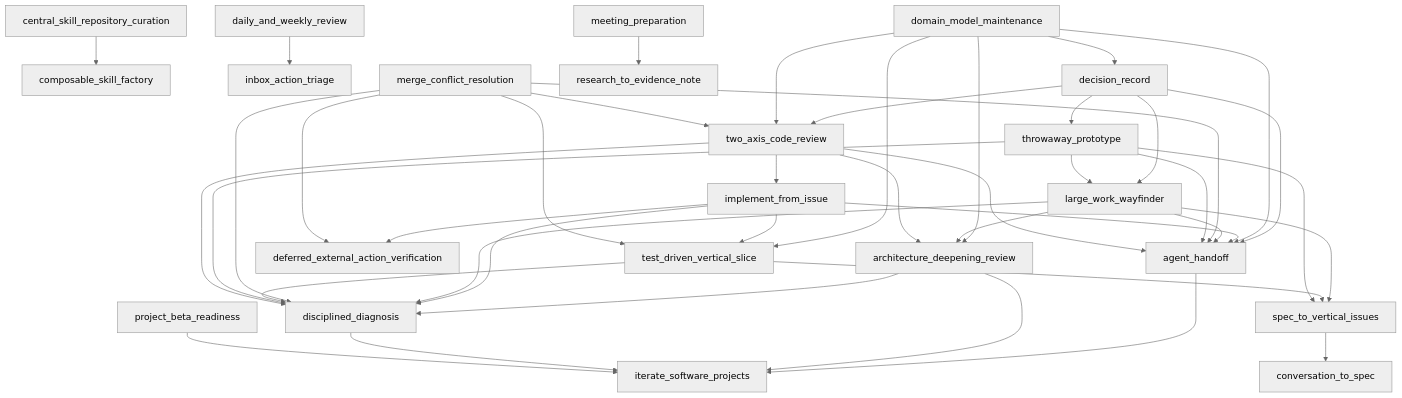
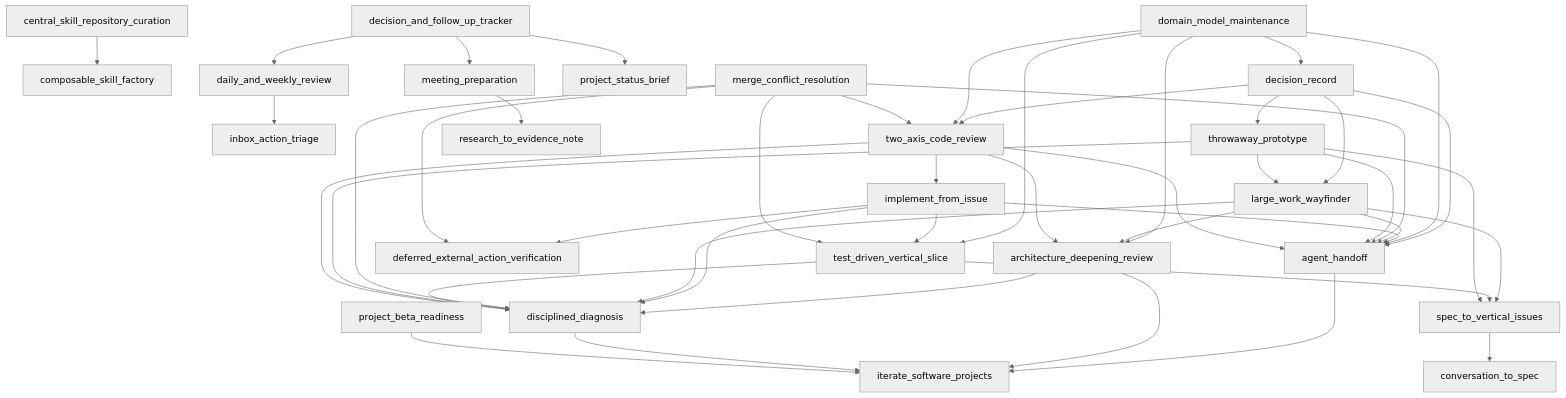
The diagram in docs/SKILL-DEPENDENCIES.md (GithubLarsKomo/skillz), drawn with Mermaid (neutral theme) before and after one commit. The commit also changed other lines of this file and 4 other files, not shown here.

Commit message:
Generate decision follow-up metadata

````diff
--- a/docs/SKILL-DEPENDENCIES.md
+++ b/docs/SKILL-DEPENDENCIES.md
@@ -5,44 +5,47 @@
 ```mermaid
 graph TD
   agent_handoff --> iterate_software_projects
   architecture_deepening_review --> disciplined_diagnosis
   architecture_deepening_review --> iterate_software_projects
   central_skill_repository_curation --> composable_skill_factory
   daily_and_weekly_review --> inbox_action_triage
+  decision_and_follow_up_tracker --> daily_and_weekly_review
+  decision_and_follow_up_tracker --> meeting_preparation
+  decision_and_follow_up_tracker --> project_status_brief
   decision_record --> agent_handoff
   decision_record --> large_work_wayfinder
   decision_record --> throwaway_prototype
   decision_record --> two_axis_code_review
   disciplined_diagnosis --> iterate_software_projects
   domain_model_maintenance --> agent_handoff
   domain_model_maintenance --> architecture_deepening_review
   domain_model_maintenance --> decision_record
   domain_model_maintenance --> test_driven_vertical_slice
   domain_model_maintenance --> two_axis_code_review
   implement_from_issue --> agent_handoff
   implement_from_issue --> deferred_external_action_verification
   implement_from_issue --> disciplined_diagnosis
   implement_from_issue --> test_driven_vertical_slice
   large_work_wayfinder --> agent_handoff
   large_work_wayfinder --> architecture_deepening_review
   large_work_wayfinder --> disciplined_diagnosis
   large_work_wayfinder --> spec_to_vertical_issues
   meeting_preparation --> research_to_evidence_note
   merge_conflict_resolution --> agent_handoff
   merge_conflict_resolution --> deferred_external_action_verification
   merge_conflict_resolution --> disciplined_diagnosis
   merge_conflict_resolution --> test_driven_vertical_slice
   merge_conflict_resolution --> two_axis_code_review
   project_beta_readiness --> iterate_software_projects
   spec_to_vertical_issues --> conversation_to_spec
   test_driven_vertical_slice --> disciplined_diagnosis
   test_driven_vertical_slice --> spec_to_vertical_issues
   throwaway_prototype --> agent_handoff
   throwaway_prototype --> disciplined_diagnosis
   throwaway_prototype --> large_work_wayfinder
   throwaway_prototype --> spec_to_vertical_issues
   two_axis_code_review --> agent_handoff
   two_axis_code_review --> architecture_deepening_review
   two_axis_code_review --> disciplined_diagnosis
   two_axis_code_review --> implement_from_issue
 ```
````
